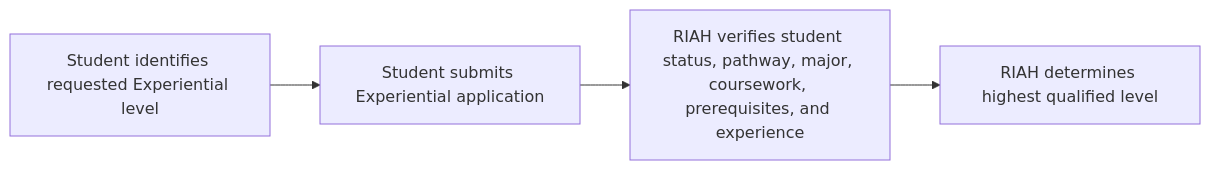
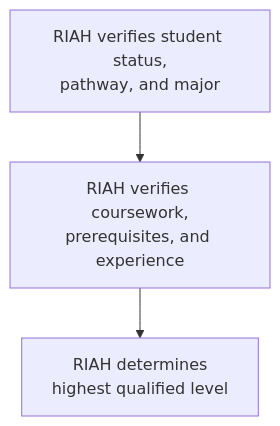
One commit to RIAHPathway/Website-Draft changed the second of 17 diagrams in RIAH-PATHWAY-EXPERIENTIAL-STRUCTURE/EXPERIENTIAL-STRUCTURE.md. Above: the diagram before and after it, drawn with Mermaid. The commit also changed other lines of this file, not shown here.

Commit message:
Break experiential Mermaid processes into readable high-level flows

````diff
--- a/RIAH-PATHWAY-EXPERIENTIAL-STRUCTURE/EXPERIENTIAL-STRUCTURE.md
+++ b/RIAH-PATHWAY-EXPERIENTIAL-STRUCTURE/EXPERIENTIAL-STRUCTURE.md
@@ -250,6 +257,5 @@
 ```mermaid
-flowchart LR
-    A[Student identifies requested Experiential level] --> B[Student submits Experiential application]
-    B --> C[RIAH verifies student status, pathway, major, coursework, prerequisites, and experience]
-    C --> D[RIAH determines highest qualified level]
+flowchart TD
+    A[RIAH verifies student status,<br/>pathway, and major] --> B[RIAH verifies coursework,<br/>prerequisites, and experience]
+    B --> C[RIAH determines<br/>highest qualified level]
 ```
````
